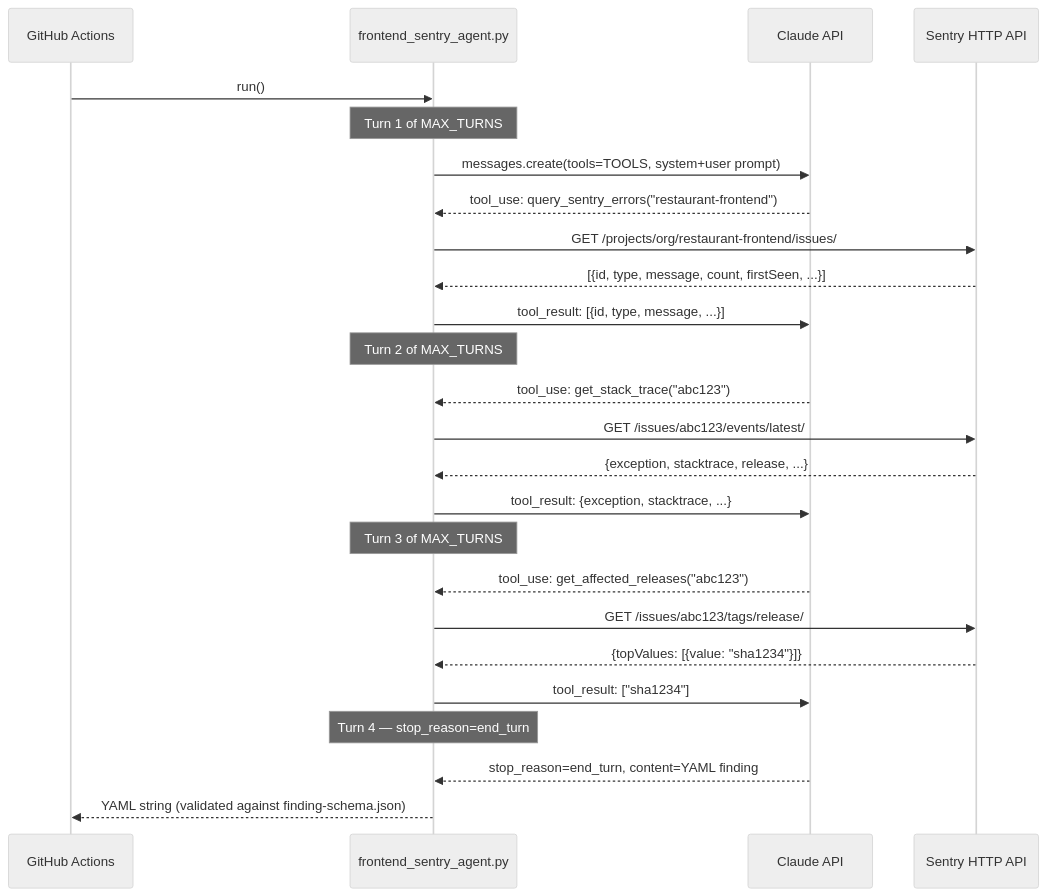
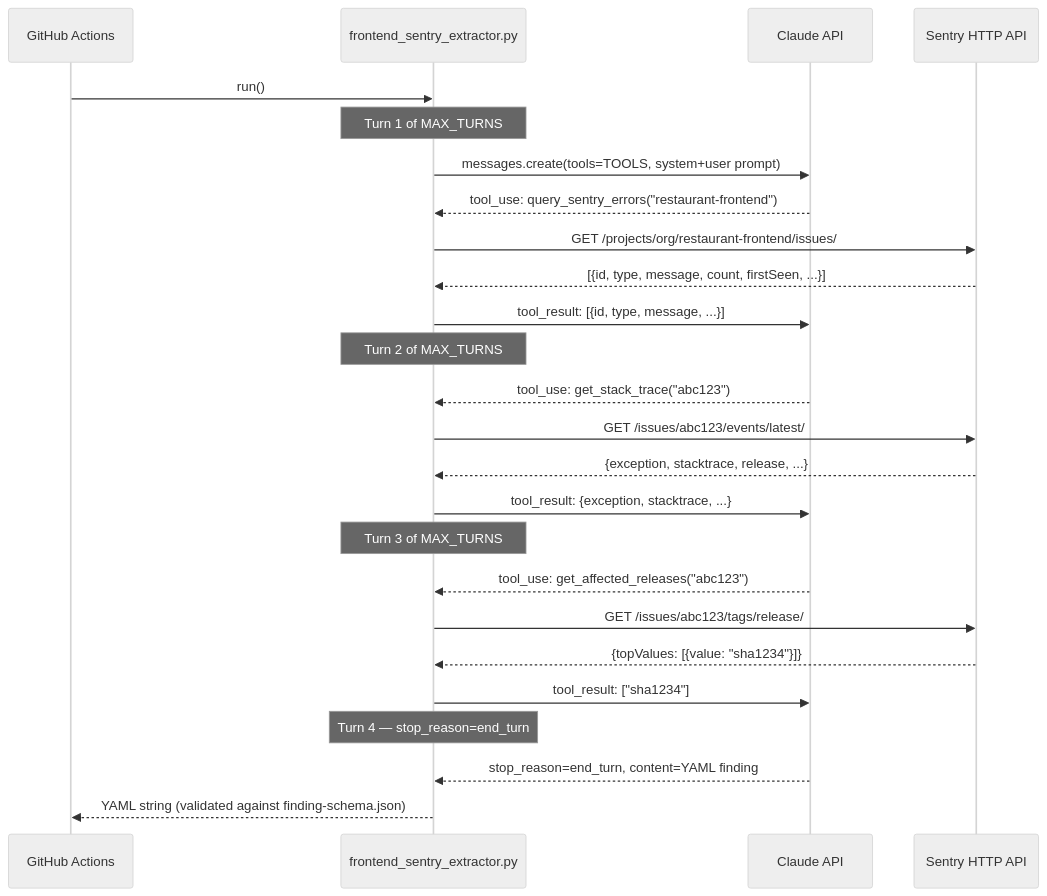
One commit to vikasparth/restaurant-main changed the second of 5 diagrams in docs/engineering-practices/mcp-vs-agents.md. Above: the diagram before and after it, drawn with Mermaid (neutral theme). The commit also changed other lines of this file and 6 other files, not shown here.

````diff
--- a/docs/engineering-practices/mcp-vs-agents.md
+++ b/docs/engineering-practices/mcp-vs-agents.md
@@ -78,28 +78,28 @@
 ```mermaid
 sequenceDiagram
     participant GHA as GitHub Actions
-    participant Agent as frontend_sentry_agent.py
+    participant Agent as frontend_sentry_extractor.py
     participant Claude as Claude API
     participant Sentry as Sentry HTTP API
 
     GHA->>Agent: run()
     Note over Agent: Turn 1 of MAX_TURNS
     Agent->>Claude: messages.create(tools=TOOLS, system+user prompt)
     Claude-->>Agent: tool_use: query_sentry_errors("restaurant-frontend")
     Agent->>Sentry: GET /projects/org/restaurant-frontend/issues/
     Sentry-->>Agent: [{id, type, message, count, firstSeen, ...}]
     Agent->>Claude: tool_result: [{id, type, message, ...}]
     Note over Agent: Turn 2 of MAX_TURNS
     Claude-->>Agent: tool_use: get_stack_trace("abc123")
     Agent->>Sentry: GET /issues/abc123/events/latest/
     Sentry-->>Agent: {exception, stacktrace, release, ...}
     Agent->>Claude: tool_result: {exception, stacktrace, ...}
     Note over Agent: Turn 3 of MAX_TURNS
     Claude-->>Agent: tool_use: get_affected_releases("abc123")
     Agent->>Sentry: GET /issues/abc123/tags/release/
     Sentry-->>Agent: {topValues: [{value: "sha1234"}]}
     Agent->>Claude: tool_result: ["sha1234"]
     Note over Agent: Turn 4 — stop_reason=end_turn
     Claude-->>Agent: stop_reason=end_turn, content=YAML finding
     Agent-->>GHA: YAML string (validated against finding-schema.json)
 ```
````
